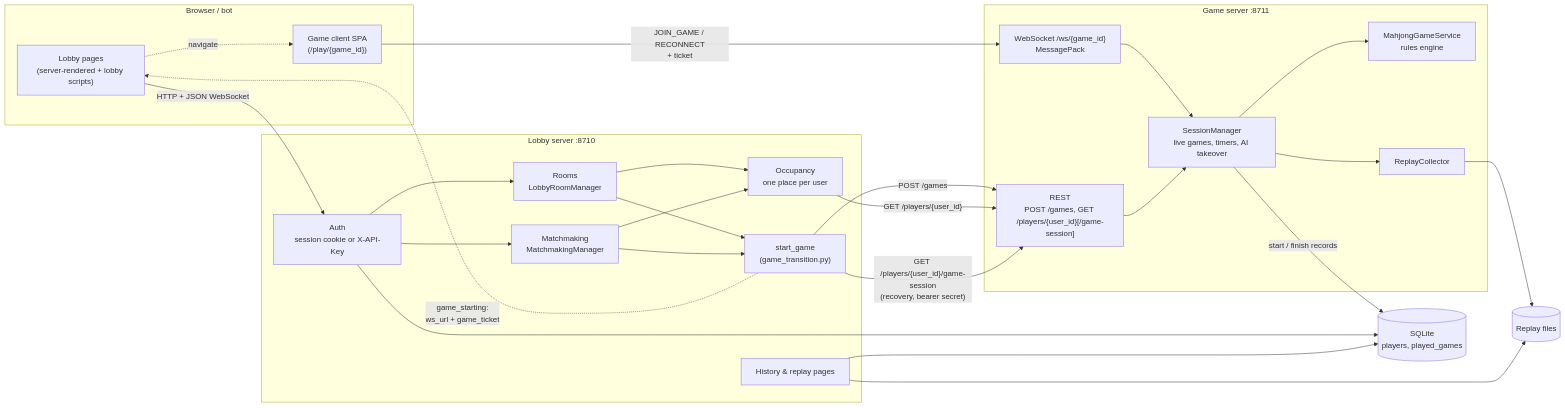
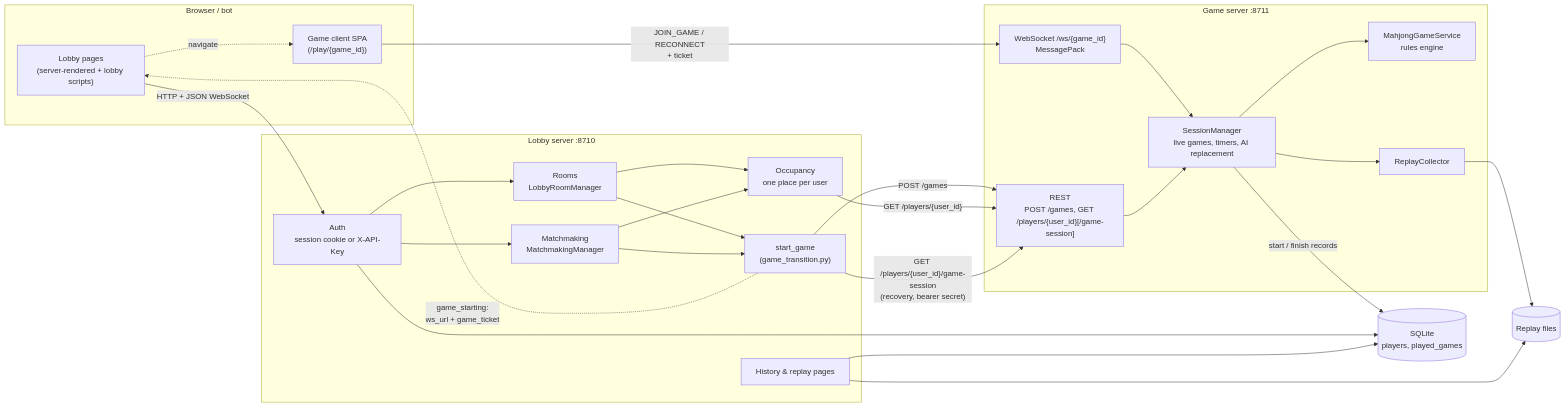
The first of 8 diagrams in docs/architecture.md (MahjongRepository/ronin), drawn with Mermaid before and after one commit. The commit also changed other lines of this file and 15 other files, not shown here.

````diff
--- a/docs/architecture.md
+++ b/docs/architecture.md
@@ -13,45 +13,45 @@
 ```mermaid
 flowchart LR
     subgraph Client["Browser / bot"]
         LobbyPages["Lobby pages<br/>(server-rendered + lobby scripts)"]
         GameClient["Game client SPA<br/>(/play/{game_id})"]
     end
 
     subgraph Lobby["Lobby server :8710"]
         Auth["Auth<br/>session cookie or X-API-Key"]
         Rooms["Rooms<br/>LobbyRoomManager"]
         MM["Matchmaking<br/>MatchmakingManager"]
         Occ["Occupancy<br/>one place per user"]
         Start["start_game<br/>(game_transition.py)"]
         History["History & replay pages"]
     end
 
     subgraph Game["Game server :8711"]
         REST["REST<br/>POST /games, GET /players/{user_id}[/game-session]"]
         WS["WebSocket /ws/{game_id}<br/>MessagePack"]
-        SM["SessionManager<br/>live games, timers, AI takeover"]
+        SM["SessionManager<br/>live games, timers, AI replacement"]
         Engine["MahjongGameService<br/>rules engine"]
         Replay["ReplayCollector"]
     end
 
     DB[("SQLite<br/>players, played_games")]
     Files[("Replay files")]
 
     LobbyPages -- "HTTP + JSON WebSocket" --> Auth
     Auth --> Rooms & MM
     Rooms & MM --> Occ
     Rooms & MM --> Start
     Start -- "POST /games" --> REST
     Occ -- "GET /players/{user_id}" --> REST
     Start -- "GET /players/{user_id}/game-session<br/>(recovery, bearer secret)" --> REST
     Start -. "game_starting:<br/>ws_url + game_ticket" .-> LobbyPages
     LobbyPages -. "navigate" .-> GameClient
     GameClient -- "JOIN_GAME / RECONNECT<br/>+ ticket" --> WS
     WS --> SM --> Engine
     SM --> Replay --> Files
     REST --> SM
     Auth --> DB
     History --> DB
     History --> Files
     SM -- "start / finish records" --> DB
 ```
````
